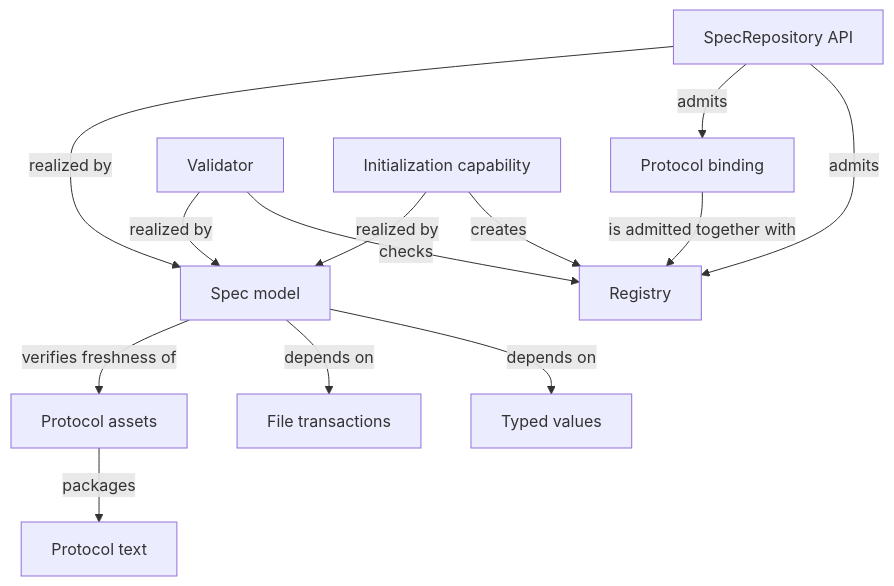
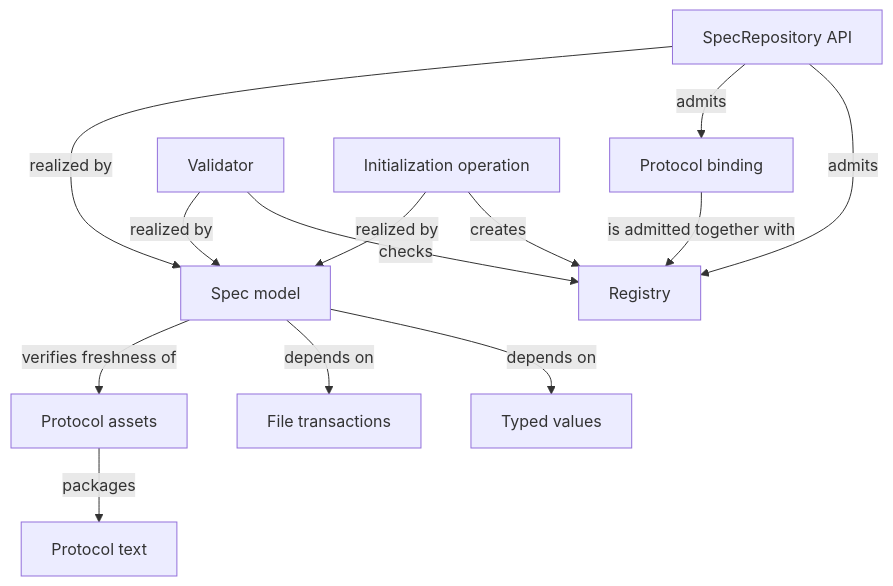
One commit to FTOD/concorde changed the diagram in specs/concorde/spec/module.md. Above: the diagram before and after it, drawn with Mermaid. The commit also changed other lines of this file and 449 other files, not shown here.

Commit message:
refactor: unify executable Operations and LangGraph graphs

````diff
--- a/specs/concorde/spec/module.md
+++ b/specs/concorde/spec/module.md
@@ -61,27 +61,27 @@
 ```mermaid
 flowchart TB
     accTitle: Spec entities and relationships
-    accDescr: A pinned Protocol binding and the explicit Registry are admitted together. The SpecRepository API, the Validator and the Initialization capability are interfaces realized by the Spec model program, which depends on the shared Typed values and File transactions programs and verifies the freshness of the packaged Protocol assets, themselves built from the authored Protocol text.
+    accDescr: A pinned Protocol binding and the explicit Registry are admitted together. The SpecRepository API, the Validator and the Initialization operation are interfaces realized by the Spec model program, which depends on the shared Typed values and File transactions programs and verifies the freshness of the packaged Protocol assets, themselves built from the authored Protocol text.
     registry["Registry"]
     binding["Protocol binding"]
     repositoryApi["SpecRepository API"]
     validator["Validator"]
-    initCapability["Initialization capability"]
+    initOperation["Initialization operation"]
     specModel["Spec model"]
     typedValues["Typed values"]
     fileTransactions["File transactions"]
     protocolText["Protocol text"]
     protocolAssets["Protocol assets"]
     binding -->|is admitted together with| registry
     repositoryApi -->|admits| registry
     repositoryApi -->|admits| binding
     validator -->|checks| registry
-    initCapability -->|creates| registry
+    initOperation -->|creates| registry
     repositoryApi -->|realized by| specModel
     validator -->|realized by| specModel
-    initCapability -->|realized by| specModel
+    initOperation -->|realized by| specModel
     specModel -->|depends on| typedValues
     specModel -->|depends on| fileTransactions
     specModel -->|verifies freshness of| protocolAssets
     protocolAssets -->|packages| protocolText
 ```
````
